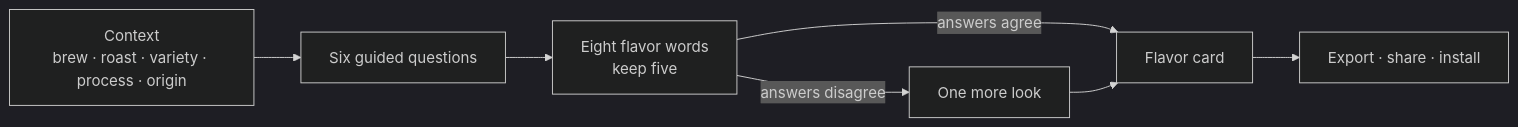
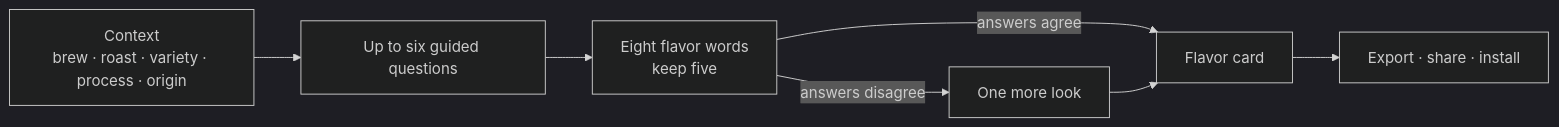
The diagram in README.md (dpan538/coffee-flavor-research), drawn with Mermaid (dark theme) before and after one commit. The commit also changed other lines of this file and 10 other files, not shown here.

````diff
--- a/README.md
+++ b/README.md
@@ -35,9 +35,9 @@
 ```mermaid
 flowchart LR
-    C["Context\nbrew · roast · variety · process · origin"] --> Q["Six guided questions"]
+    C["Context\nbrew · roast · variety · process · origin"] --> Q["Up to six guided questions"]
     Q --> D["Eight flavor words\nkeep five"]
     D -->|answers agree| F["Flavor card"]
     D -->|answers disagree| Q6["One more look"]
     Q6 --> F
     F --> X["Export · share · install"]
 ```
````
